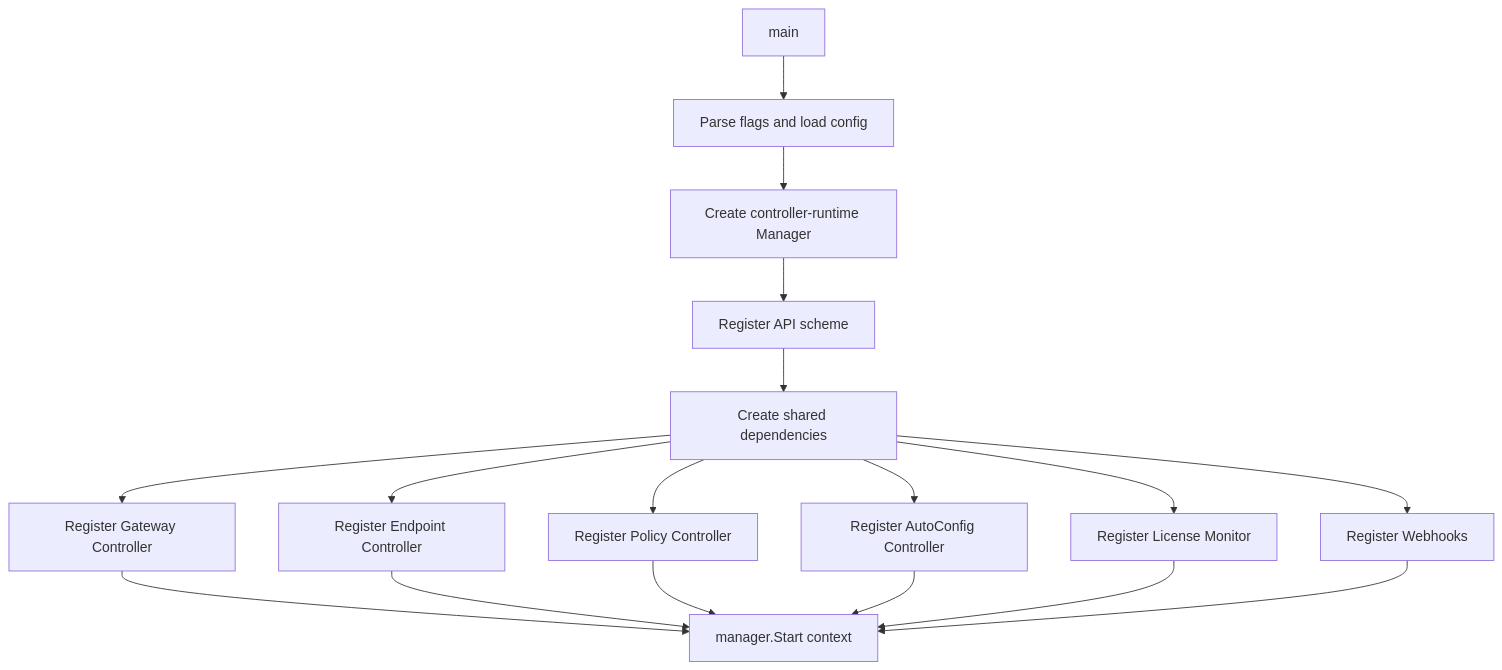
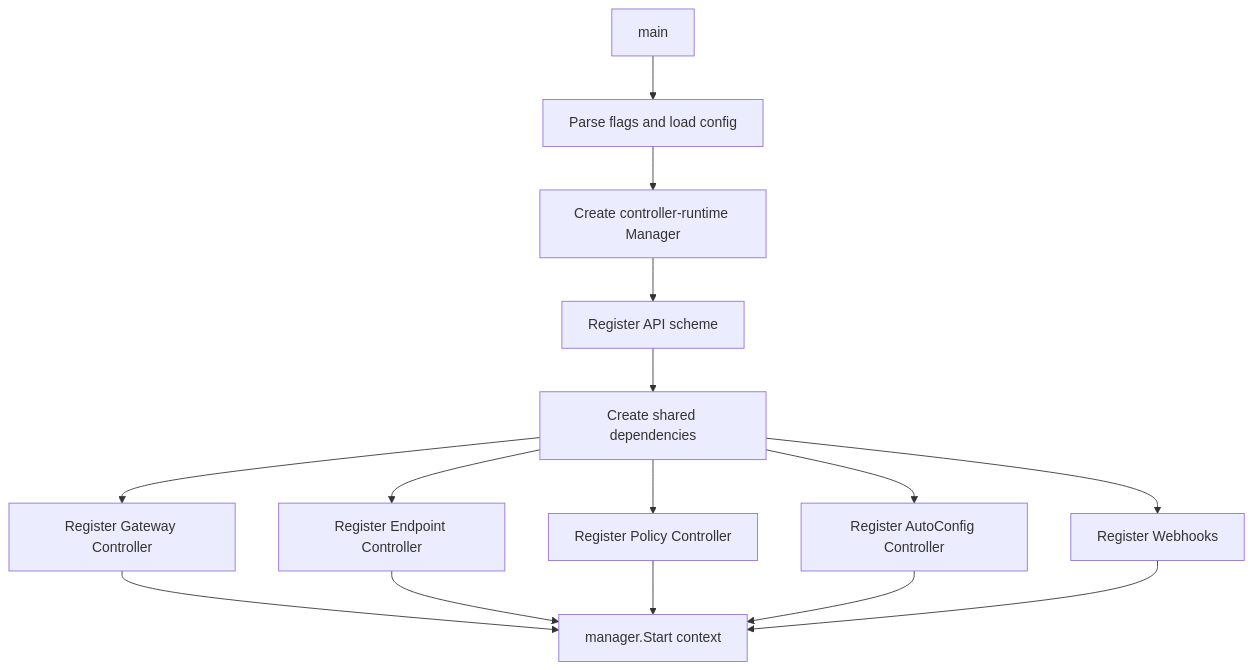
The first of 10 diagrams in architecture/application/application-architecture.md (MyCarrier-DevOps/KrakenD-Operator), drawn with Mermaid before and after one commit. The commit also changed other lines of this file, not shown here.

Commit message:
docs(application-architecture): swap license monitor for in-reconcile

````diff
--- a/architecture/application/application-architecture.md
+++ b/architecture/application/application-architecture.md
@@ -61,14 +61,13 @@
 ```mermaid
 flowchart TD
     A[main] --> B[Parse flags and load config]
     B --> C[Create controller-runtime Manager]
     C --> D[Register API scheme]
     D --> E[Create shared dependencies]
     E --> F[Register Gateway Controller]
     E --> G[Register Endpoint Controller]
     E --> H[Register Policy Controller]
     E --> I[Register AutoConfig Controller]
-    E --> J[Register License Monitor]
     E --> K[Register Webhooks]
-    F & G & H & I & J & K --> L[manager.Start context]
+    F & G & H & I & K --> L[manager.Start context]
 ```
````
